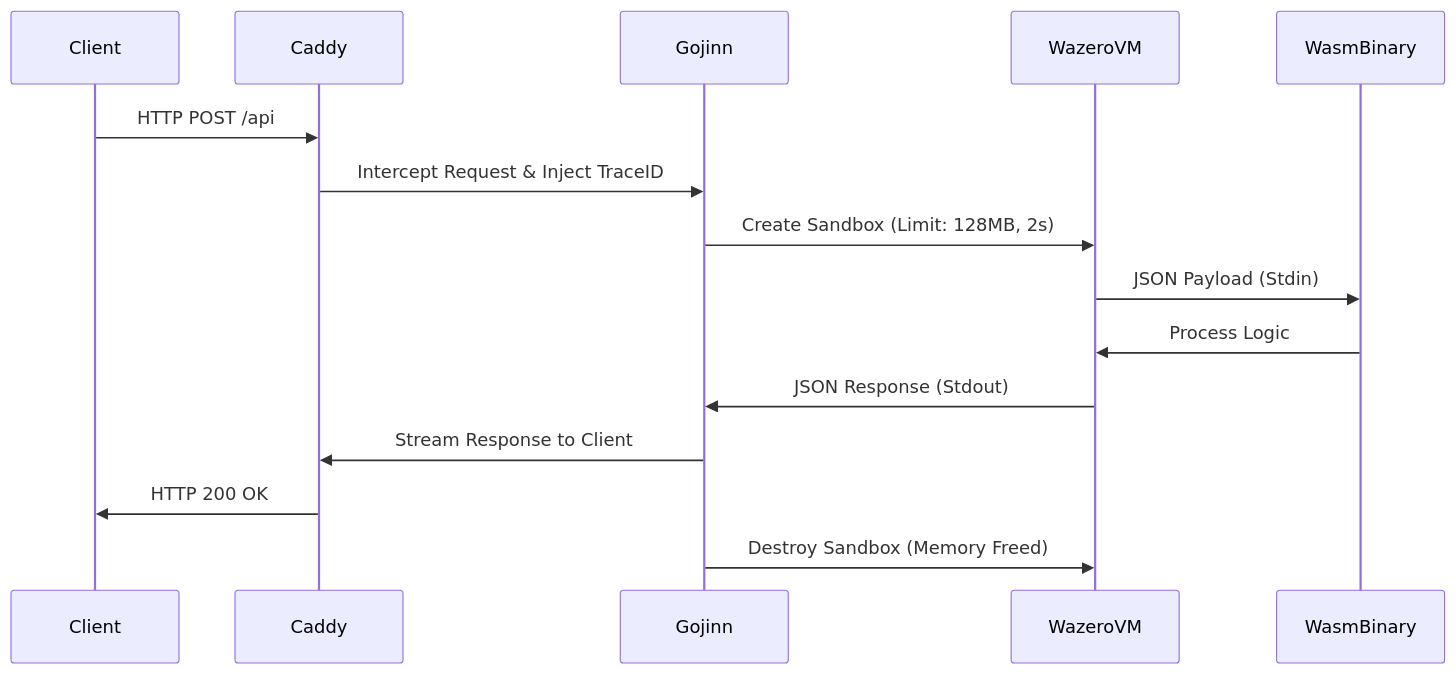
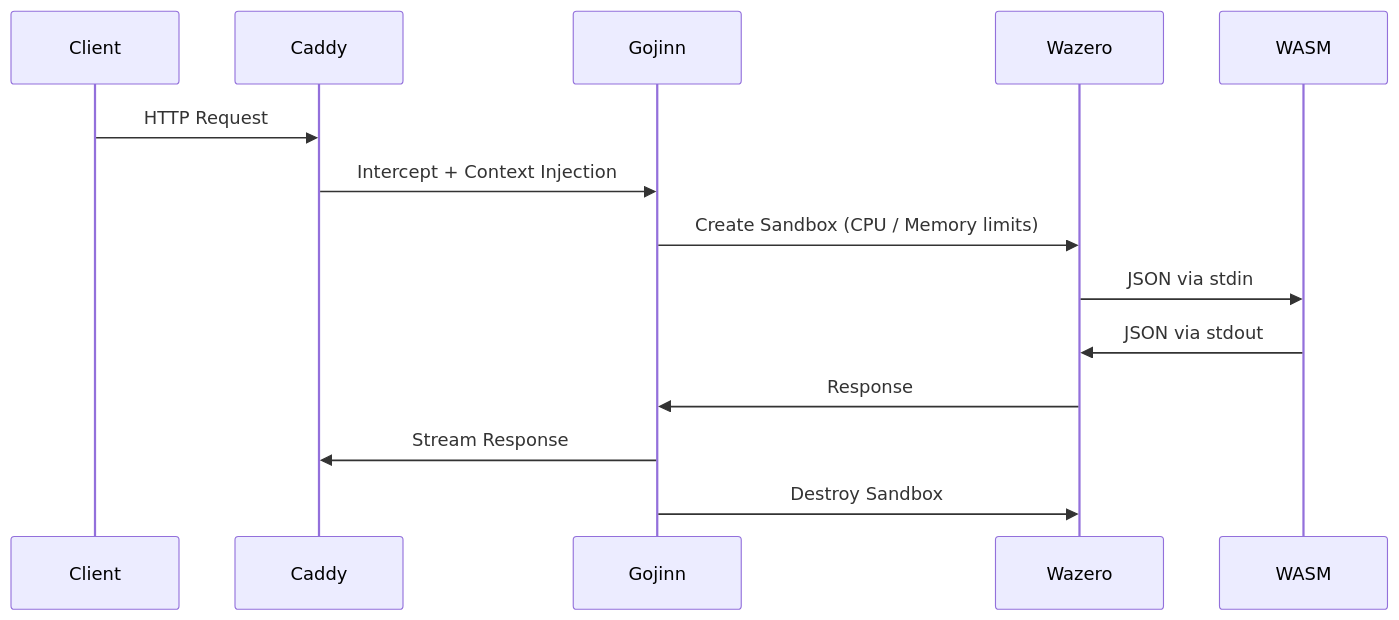
Before and after one commit to pauloappbr/gojinn: the diagram in README.md, drawn with Mermaid. The commit also changed other lines of this file and 12 other files, not shown here.

````diff
--- a/README.md
+++ b/README.md
@@ -45,12 +82,11 @@
 ```mermaid
 sequenceDiagram
-    Client->>Caddy: HTTP POST /api
-    Caddy->>Gojinn: Intercept Request & Inject TraceID
-    Gojinn->>WazeroVM: Create Sandbox (Limit: 128MB, 2s)
-    WazeroVM->>WasmBinary: JSON Payload (Stdin)
-    WasmBinary->>WazeroVM: Process Logic
-    WazeroVM->>Gojinn: JSON Response (Stdout)
-    Gojinn->>Caddy: Stream Response to Client
-    Caddy->>Client: HTTP 200 OK
-    Gojinn->>WazeroVM: Destroy Sandbox (Memory Freed)
+    Client->>Caddy: HTTP Request
+    Caddy->>Gojinn: Intercept + Context Injection
+    Gojinn->>Wazero: Create Sandbox (CPU / Memory limits)
+    Wazero->>WASM: JSON via stdin
+    WASM->>Wazero: JSON via stdout
+    Wazero->>Gojinn: Response
+    Gojinn->>Caddy: Stream Response
+    Gojinn->>Wazero: Destroy Sandbox
 ```
````
